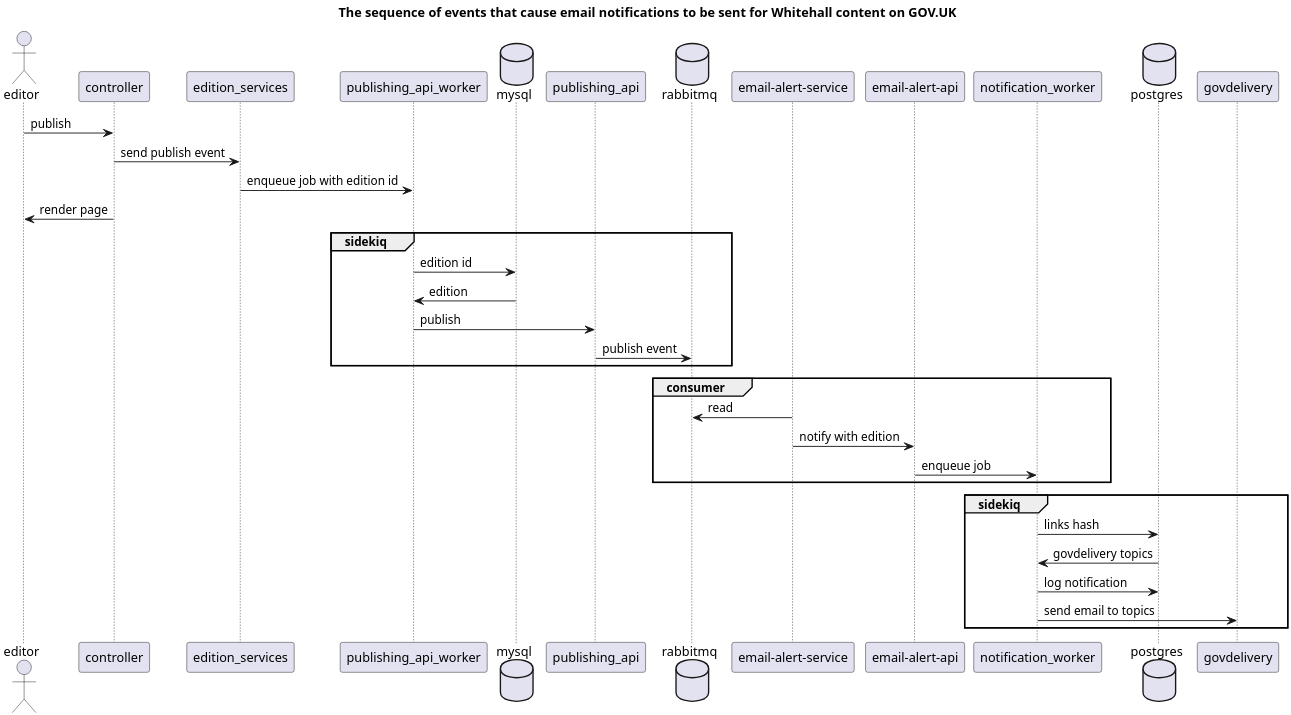
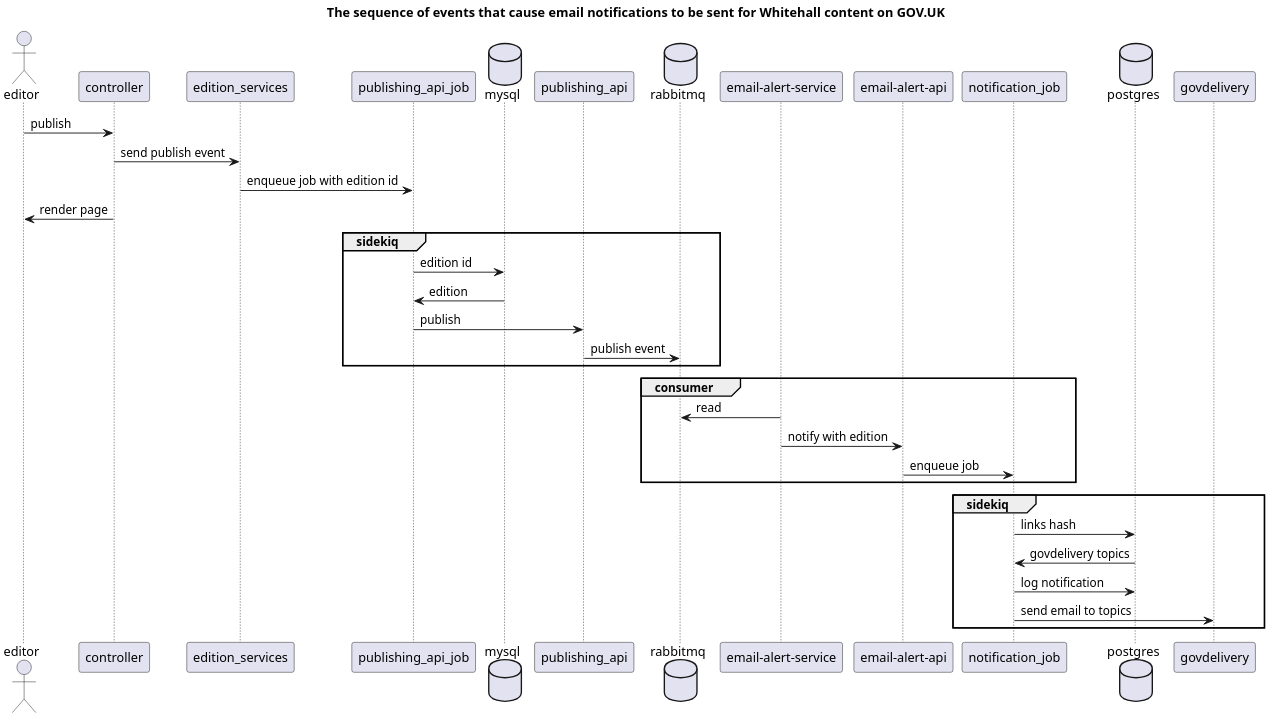
The diagram in docs/diagrams/notification-sequence.puml (alphagov/whitehall), drawn with PlantUML before and after one commit. The commit also changed 296 other files, not shown here.

Commit message:
Rename worker with job

```diff
--- a/docs/diagrams/notification-sequence.puml
+++ b/docs/diagrams/notification-sequence.puml
@@ -1,39 +1,39 @@
 @startuml
 
 skinparam dpi 300
 title The sequence of events that cause email notifications to be sent for Whitehall content on GOV.UK
 
 actor editor
 editor -> controller : publish
 controller -> edition_services : send publish event
-edition_services -> publishing_api_worker : enqueue job with edition id
+edition_services -> publishing_api_job : enqueue job with edition id
 database mysql
 participant publishing_api
 database rabbitmq
 participant "email-alert-service" as emailalertservice
 participant "email-alert-api" as emailalertapi
-participant notification_worker
+participant notification_job
 database postgres
 controller -> editor : render page
 
 group sidekiq
-  publishing_api_worker -> mysql : edition id
-  mysql -> publishing_api_worker : edition
-  publishing_api_worker -> "publishing-api" as publishing_api : publish
+  publishing_api_job -> mysql : edition id
+  mysql -> publishing_api_job : edition
+  publishing_api_job -> "publishing-api" as publishing_api : publish
   publishing_api -> rabbitmq : publish event
 end group
 
 group consumer
   emailalertservice -> rabbitmq : read
   emailalertservice -> emailalertapi : notify with edition
-  emailalertapi -> notification_worker : enqueue job
+  emailalertapi -> notification_job : enqueue job
 end group
 
 group sidekiq
-  notification_worker -> postgres : links hash
-  postgres -> notification_worker : govdelivery topics
-  notification_worker -> postgres : log notification
-  notification_worker -> govdelivery : send email to topics
+  notification_job -> postgres : links hash
+  postgres -> notification_job : govdelivery topics
+  notification_job -> postgres : log notification
+  notification_job -> govdelivery : send email to topics
 end group
 
 @enduml
```
